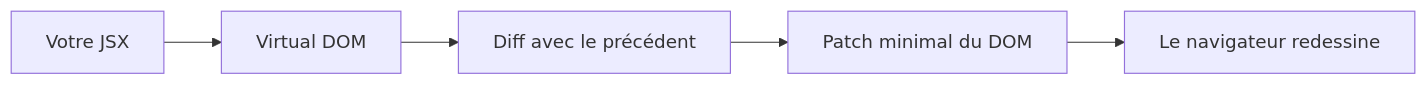
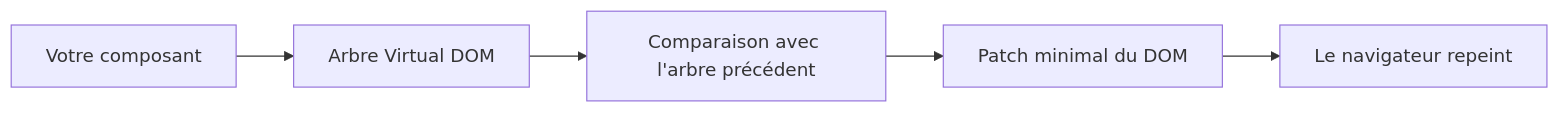
One commit to BabaScience/react-guides changed the first of 10 diagrams in arguments/chapters/fr/01-fundamentals.md. Above: the diagram before and after it, drawn with Mermaid. The commit also changed other lines of this file and 46 other files, not shown here.

````diff
--- a/arguments/chapters/fr/01-fundamentals.md
+++ b/arguments/chapters/fr/01-fundamentals.md
@@ -11,7 +66,7 @@
 ```mermaid
 graph LR
-    JSX[Votre JSX] --> VDOM[Virtual DOM]
-    VDOM --> Diff[Diff avec le précédent]
+    JSX[Votre composant] --> VDOM[Arbre Virtual DOM]
+    VDOM --> Diff[Comparaison avec l'arbre précédent]
     Diff --> Patch[Patch minimal du DOM]
-    Patch --> Browser[Le navigateur redessine]
+    Patch --> Browser[Le navigateur repeint]
 ```
````
